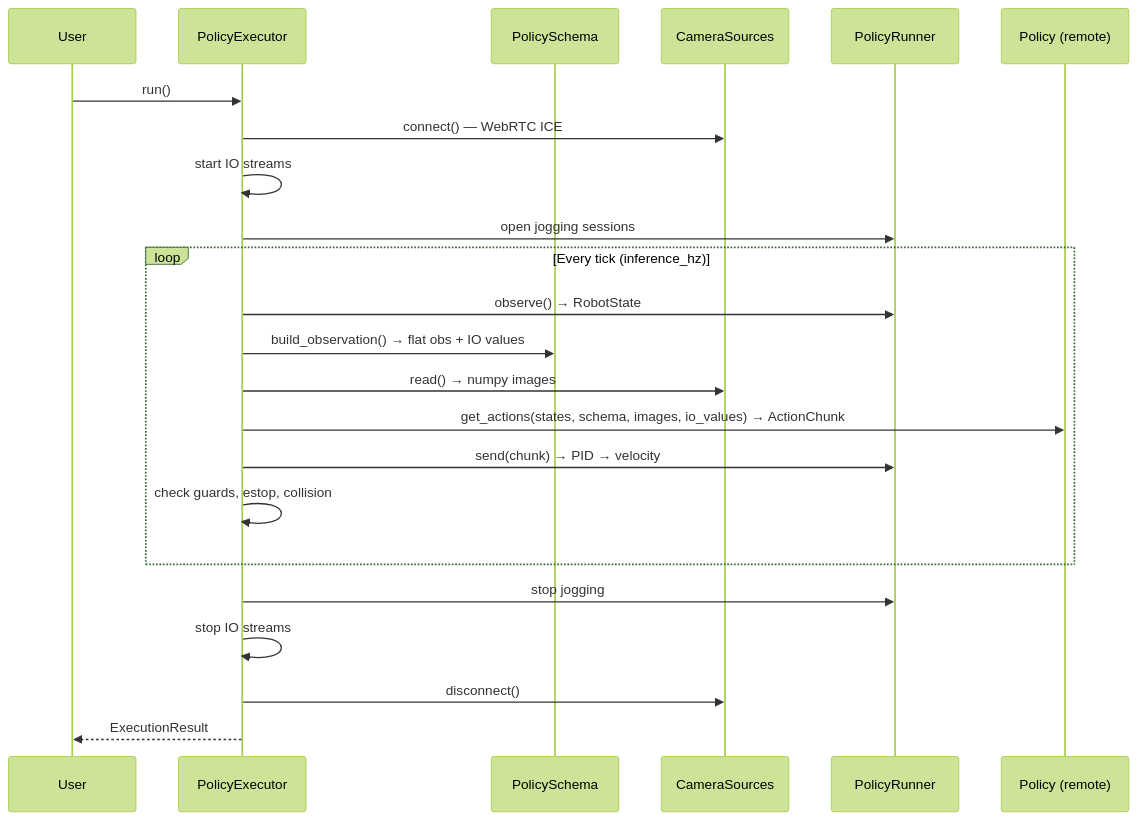
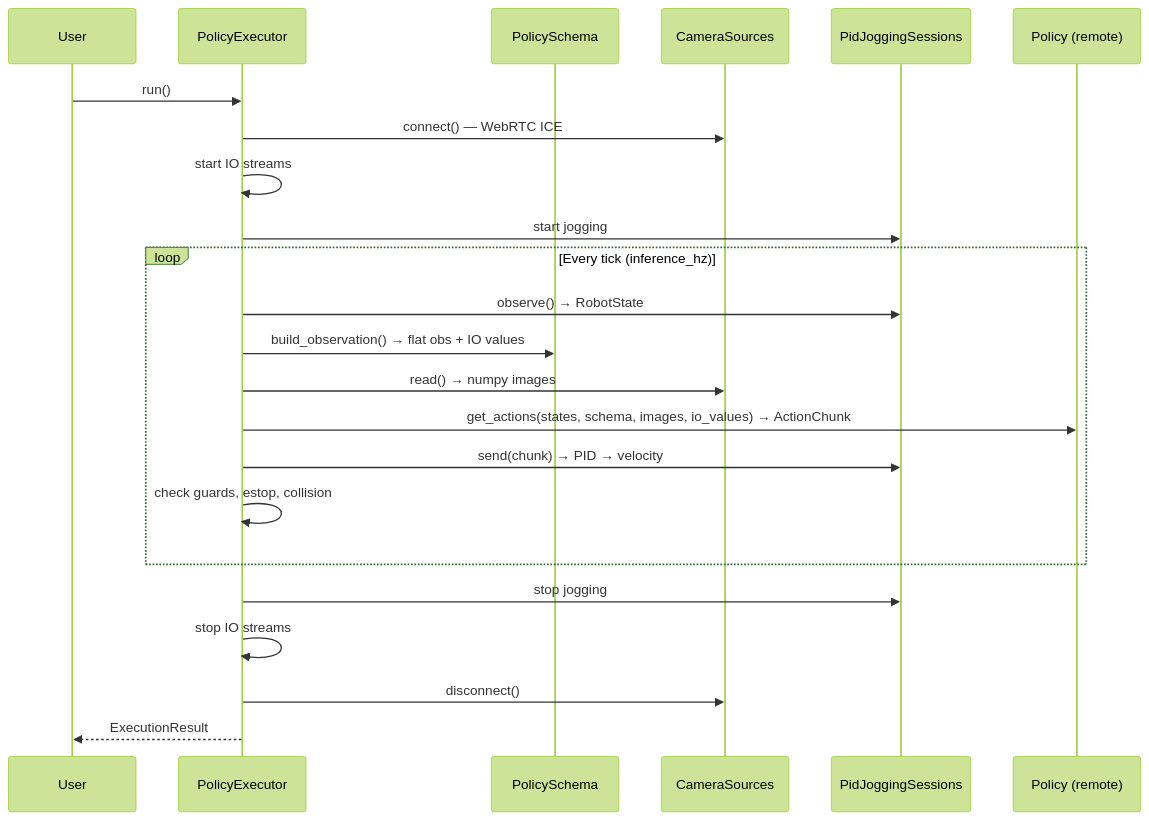
Before and after one commit to wandelbotsgmbh/wandelbots-nova: the first of 2 diagrams in policy/DESIGN.md, drawn with Mermaid (forest theme). The commit also changed other lines of this file and 15 other files, not shown here.

````diff
--- a/policy/DESIGN.md
+++ b/policy/DESIGN.md
@@ -68,28 +68,28 @@
 ```mermaid
 sequenceDiagram
     participant User
     participant Exec as PolicyExecutor
     participant Schema as PolicySchema
     participant Cam as CameraSources
-    participant Runner as PolicyRunner
+    participant Sessions as PidJoggingSessions
     participant Policy as Policy (remote)
 
     User->>Exec: run()
     Exec->>Cam: connect() — WebRTC ICE
     Exec->>Exec: start IO streams
-    Exec->>Runner: open jogging sessions
+    Exec->>Sessions: start jogging
 
     loop Every tick (inference_hz)
-        Exec->>Runner: observe() → RobotState
+        Exec->>Sessions: observe() → RobotState
         Exec->>Schema: build_observation() → flat obs + IO values
         Exec->>Cam: read() → numpy images
         Exec->>Policy: get_actions(states, schema, images, io_values) → ActionChunk
-        Exec->>Runner: send(chunk) → PID → velocity
+        Exec->>Sessions: send(chunk) → PID → velocity
         Exec->>Exec: check guards, estop, collision
     end
 
-    Exec->>Runner: stop jogging
+    Exec->>Sessions: stop jogging
     Exec->>Exec: stop IO streams
     Exec->>Cam: disconnect()
     Exec-->>User: ExecutionResult
 ```
````
